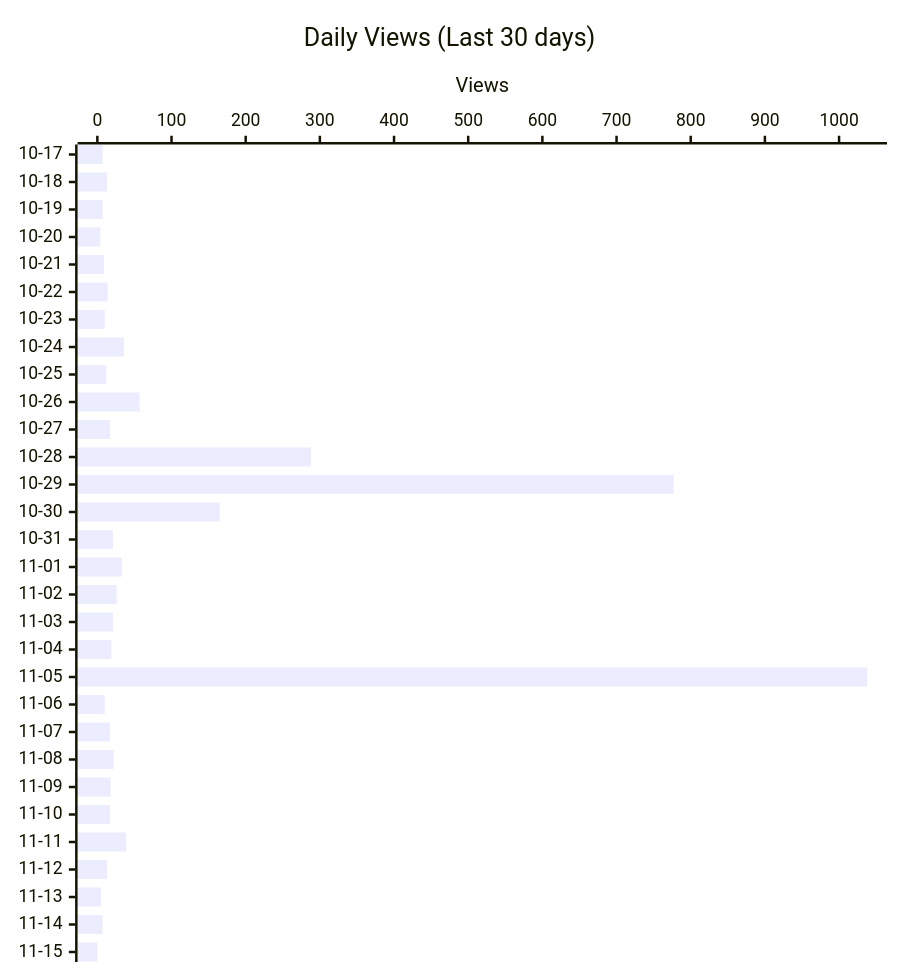
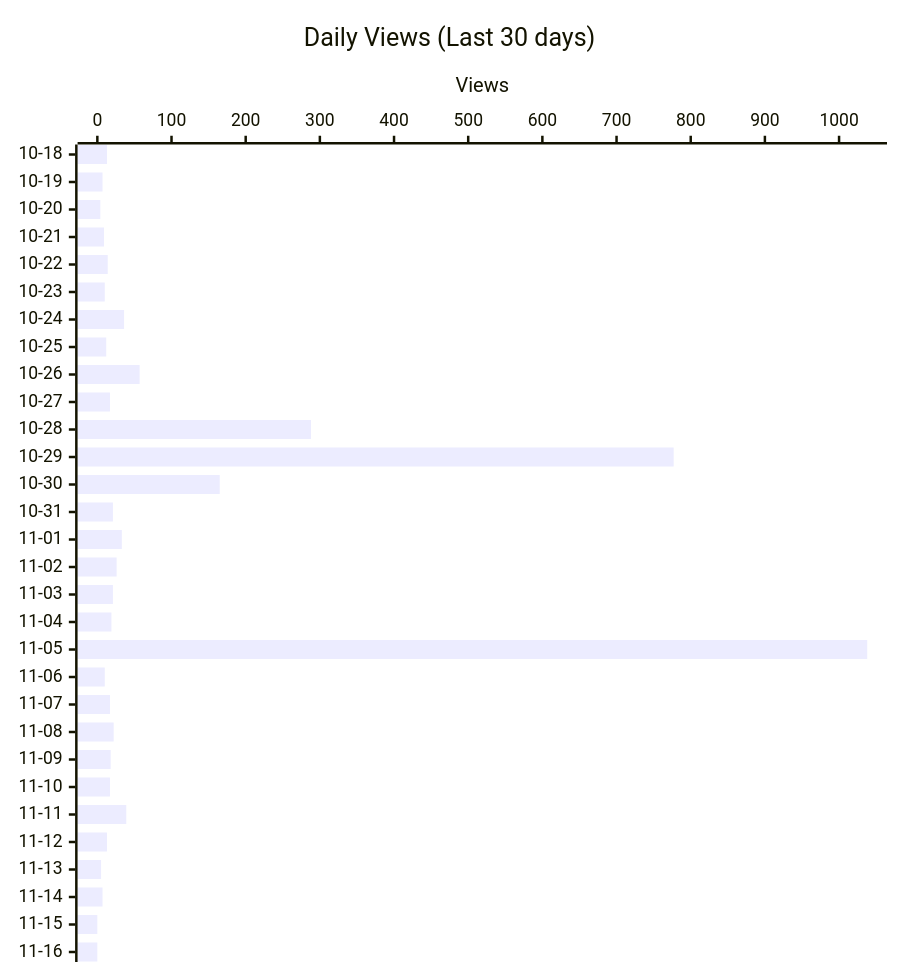
Before and after one commit to shigechika/github-insights: the second of 4 diagrams in README.md, drawn with Mermaid. The commit also changed other lines of this file and 1 other file, not shown here.

````diff
--- a/README.md
+++ b/README.md
@@ -28,12 +28,12 @@
 ```mermaid
 ---
 config:
   xyChart:
     height: 760
 ---
 xychart-beta horizontal
     title "Daily Views (Last 30 days)"
-    x-axis ["10-17", "10-18", "10-19", "10-20", "10-21", "10-22", "10-23", "10-24", "10-25", "10-26", "10-27", "10-28", "10-29", "10-30", "10-31", "11-01", "11-02", "11-03", "11-04", "11-05", "11-06", "11-07", "11-08", "11-09", "11-10", "11-11", "11-12", "11-13", "11-14", "11-15"]
+    x-axis ["10-18", "10-19", "10-20", "10-21", "10-22", "10-23", "10-24", "10-25", "10-26", "10-27", "10-28", "10-29", "10-30", "10-31", "11-01", "11-02", "11-03", "11-04", "11-05", "11-06", "11-07", "11-08", "11-09", "11-10", "11-11", "11-12", "11-13", "11-14", "11-15", "11-16"]
     y-axis "Views"
-    bar [7, 13, 7, 4, 9, 14, 10, 36, 12, 57, 17, 288, 777, 165, 21, 33, 26, 21, 19, 1038, 10, 17, 22, 18, 17, 39, 13, 5, 7, 0]
+    bar [13, 7, 4, 9, 14, 10, 36, 12, 57, 17, 288, 777, 165, 21, 33, 26, 21, 19, 1038, 10, 17, 22, 18, 17, 39, 13, 5, 7, 0, 0]
 ```
````
